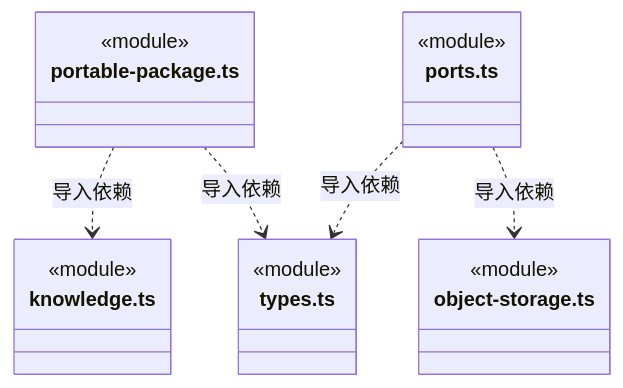
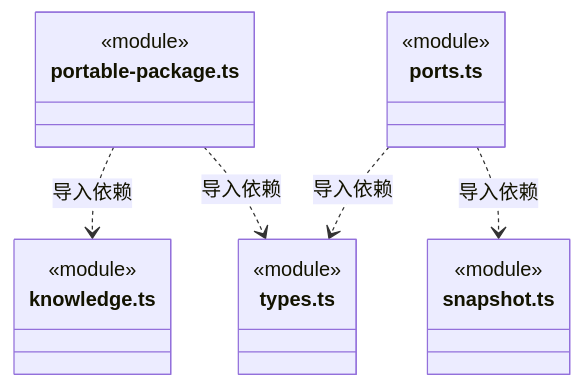
Before and after one commit to nan023062/cbim: diagram 29 of 32 in src/backend/core/knowledge/ARCHITECTURE.md, drawn with Mermaid. The commit also changed other lines of this file and 32 other files, not shown here.

````diff
--- a/src/backend/core/knowledge/ARCHITECTURE.md
+++ b/src/backend/core/knowledge/ARCHITECTURE.md
@@ -683,22 +680,22 @@
 ```mermaid
 classDiagram
 class N_src_backend_core_knowledge_portable_package_ts["portable-package.ts"] {
   <<module>>
 }
 class N_src_backend_core_knowledge_knowledge_ts["knowledge.ts"] {
   <<module>>
 }
 class N_src_backend_core_knowledge_types_ts["types.ts"] {
   <<module>>
 }
 class N_src_backend_core_knowledge_ports_ts["ports.ts"] {
   <<module>>
 }
-class N_src_backend_core_knowledge_object_storage_ts["object-storage.ts"] {
+class N_src_backend_core_knowledge_snapshot_ts["snapshot.ts"] {
   <<module>>
 }
 N_src_backend_core_knowledge_portable_package_ts ..> N_src_backend_core_knowledge_knowledge_ts : 导入依赖
 N_src_backend_core_knowledge_portable_package_ts ..> N_src_backend_core_knowledge_types_ts : 导入依赖
 N_src_backend_core_knowledge_ports_ts ..> N_src_backend_core_knowledge_types_ts : 导入依赖
-N_src_backend_core_knowledge_ports_ts ..> N_src_backend_core_knowledge_object_storage_ts : 导入依赖
+N_src_backend_core_knowledge_ports_ts ..> N_src_backend_core_knowledge_snapshot_ts : 导入依赖
 ```
````
